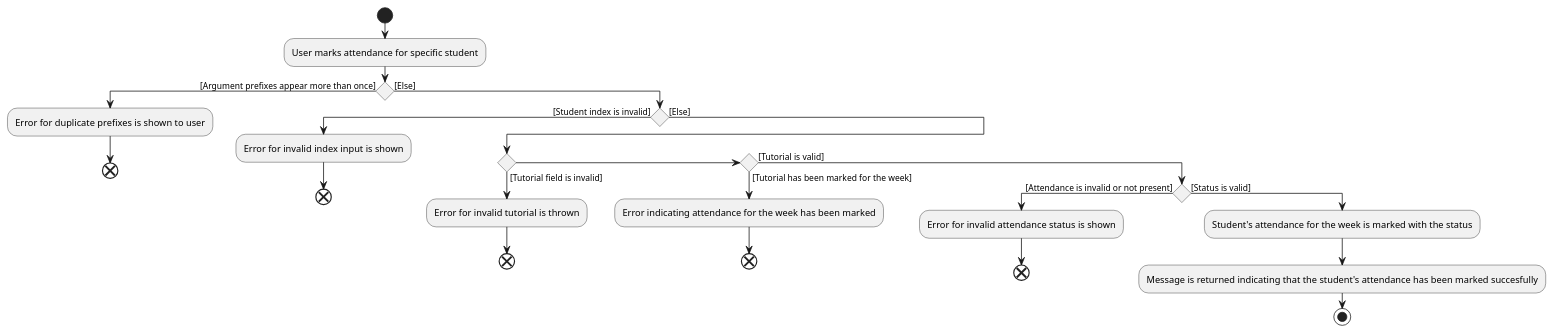
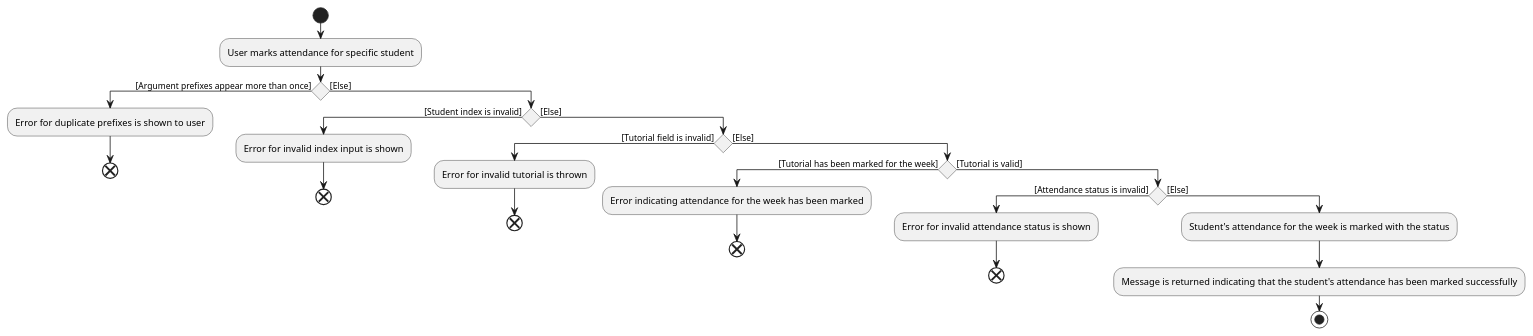
One commit to proto-aiken-13/tp changed the diagram in docs/diagrams/MarkAttendanceActivityDiagram.puml. Above: the diagram before and after it, drawn with PlantUML. The commit also changed 5 other files, not shown here.

Commit message:
Fix MarkAttendanceActivityDiagram

```diff
--- a/docs/diagrams/MarkAttendanceActivityDiagram.puml
+++ b/docs/diagrams/MarkAttendanceActivityDiagram.puml
@@ -1,29 +1,30 @@
 @startuml
 'https://plantuml.com/activity-diagram-beta
 
 start
 :User marks attendance for specific student;
 if () then ([Argument prefixes appear more than once])
     :Error for duplicate prefixes is shown to user;
     end;
 else ([Else])
     if () then ([Student index is invalid])
         :Error for invalid index input is shown;
         end;
     else ([Else])
         if () then ([Tutorial field is invalid])
             :Error for invalid tutorial is thrown;
             end;
-        else if () then ([Tutorial has been marked for the week])
-            :Error indicating attendance for the week has been marked;
-            end;
-        else ([Tutorial is valid])
-            if () then ([Attendance is invalid or not present])
-                :Error for invalid attendance status is shown;
+        else ([Else])
+            if () then ([Tutorial has been marked for the week])
+                :Error indicating attendance for the week has been marked;
                 end;
-            else ([Status is valid])
-                :Student's attendance for the week is marked with the status;
-                :Message is returned indicating that the student's attendance has been marked succesfully;
+            else ([Tutorial is valid])
+                if () then ([Attendance status is invalid])
+                    :Error for invalid attendance status is shown;
+                    end;
+                else ([Else])
+                    :Student's attendance for the week is marked with the status;
+                    :Message is returned indicating that the student's attendance has been marked successfully;
 stop
 
 @enduml
```
